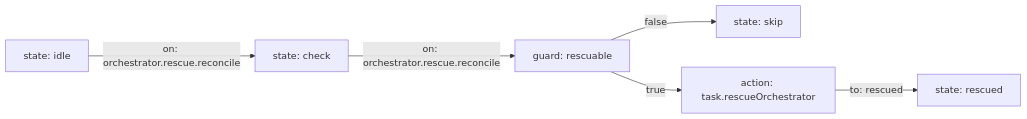
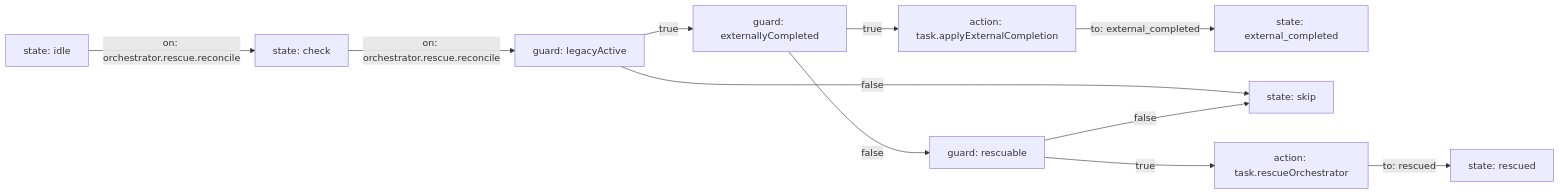
The diagram in workflow/orchestrator-rescue.mmd (lalalic/agents-relay), drawn with Mermaid before and after one commit. The commit also changed 13 other files, not shown here.

Commit message:
relay: repair legacy orchestrator ownership

```diff
--- a/workflow/orchestrator-rescue.mmd
+++ b/workflow/orchestrator-rescue.mmd
@@ -1,13 +1,22 @@
 flowchart LR
 %% relay: initial idle
 idle["state: idle"]
 check["state: check"]
+external["state: external_completed"]
 skip["state: skip"]
 rescued["state: rescued"]
+legacyActive["guard: legacyActive"]
+externallyCompleted["guard: externallyCompleted"]
 rescuable["guard: rescuable"]
 rescue["action: task.rescueOrchestrator"]
+externalCompletion["action: task.applyExternalCompletion"]
 idle -->|on: orchestrator.rescue.reconcile| check
-check -->|on: orchestrator.rescue.reconcile| rescuable
+check -->|on: orchestrator.rescue.reconcile| legacyActive
+legacyActive -->|false| skip
+legacyActive -->|true| externallyCompleted
+externallyCompleted -->|true| externalCompletion
+externalCompletion -->|to: external_completed| external
+externallyCompleted -->|false| rescuable
 rescuable -->|false| skip
 rescuable -->|true| rescue
 rescue -->|to: rescued| rescued
```
